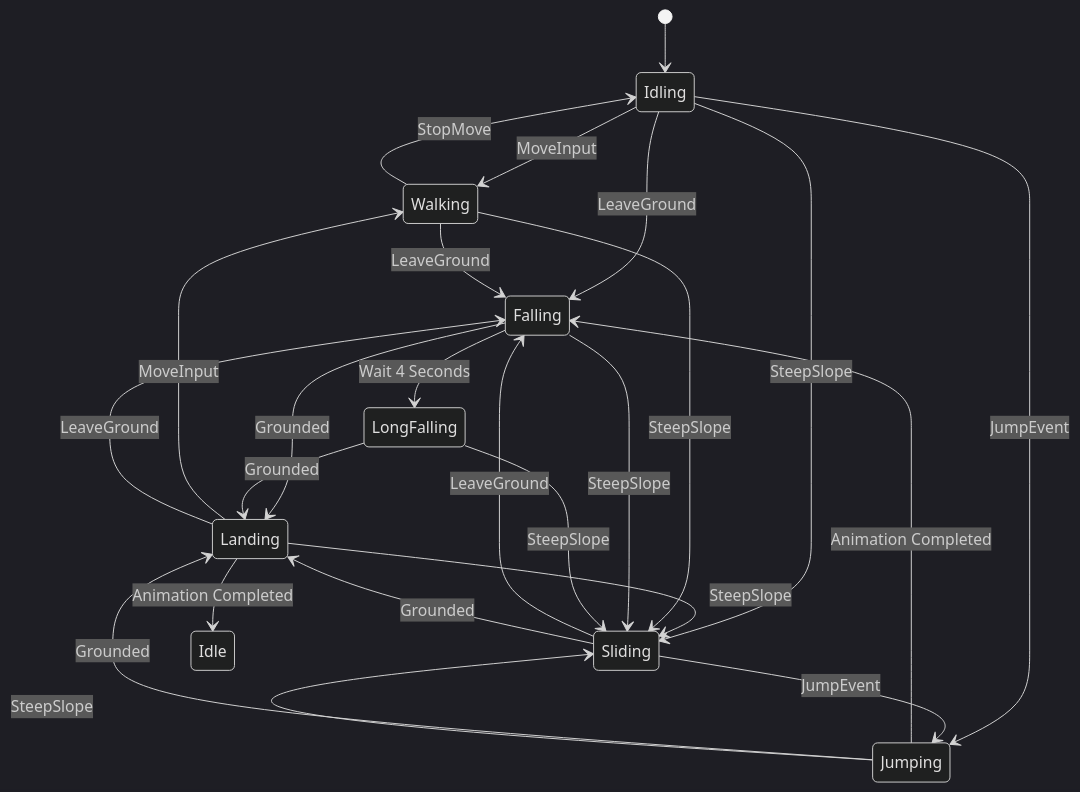
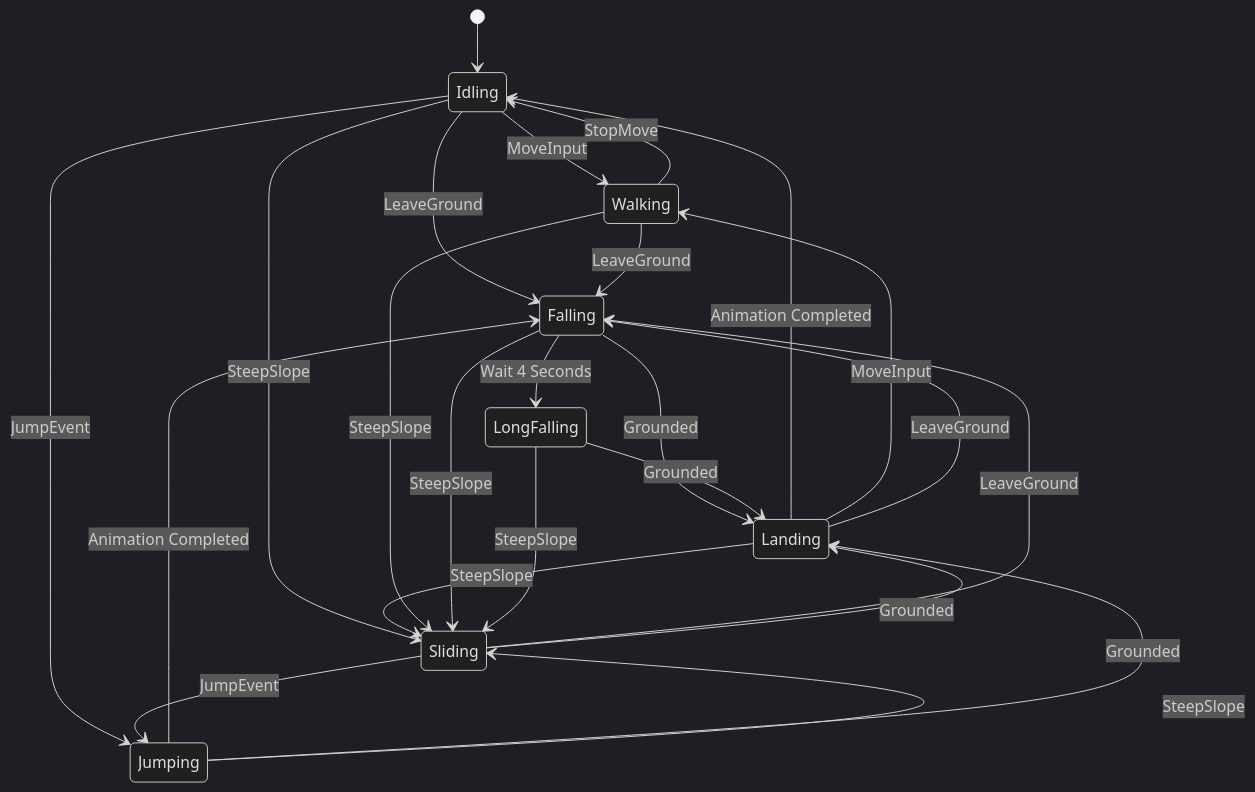
One commit to nicholas-maltbie/OpenKCC changed the diagram in Documentation/manual/kcc-design/kcc-fsm-design.md. Above: the diagram before and after it, drawn with Mermaid (dark theme). The commit also changed 2 other files, not shown here.

Commit message:
Updated documentation to follow tests

````diff
--- a/Documentation/manual/kcc-design/kcc-fsm-design.md
+++ b/Documentation/manual/kcc-design/kcc-fsm-design.md
@@ -31,33 +31,33 @@
 ```mermaid
 stateDiagram
     [*] --> Idling
 
     Idling --> Walking : MoveInput
     Idling --> Falling : LeaveGround
     Idling --> Sliding : SteepSlope
     Idling --> Jumping : JumpEvent
 
     Jumping --> Falling : Animation Completed
     Jumping --> Landing : Grounded
     Jumping --> Sliding : SteepSlope
 
-    Landing --> Idle : Animation Completed
+    Landing --> Idling : Animation Completed
     Landing --> Walking : MoveInput
     Landing --> Falling : LeaveGround
     Landing --> Sliding : SteepSlope
 
     Walking --> Idling : StopMove
     Walking --> Falling : LeaveGround
     Walking --> Sliding : SteepSlope
 
     Sliding --> Falling : LeaveGround
     Sliding --> Landing : Grounded
     Sliding --> Jumping : JumpEvent
 
     Falling --> Landing : Grounded
     Falling --> Sliding : SteepSlope
     Falling --> LongFalling : Wait 4 Seconds
 
     LongFalling --> Landing : Grounded
     LongFalling --> Sliding : SteepSlope
 ```
````
